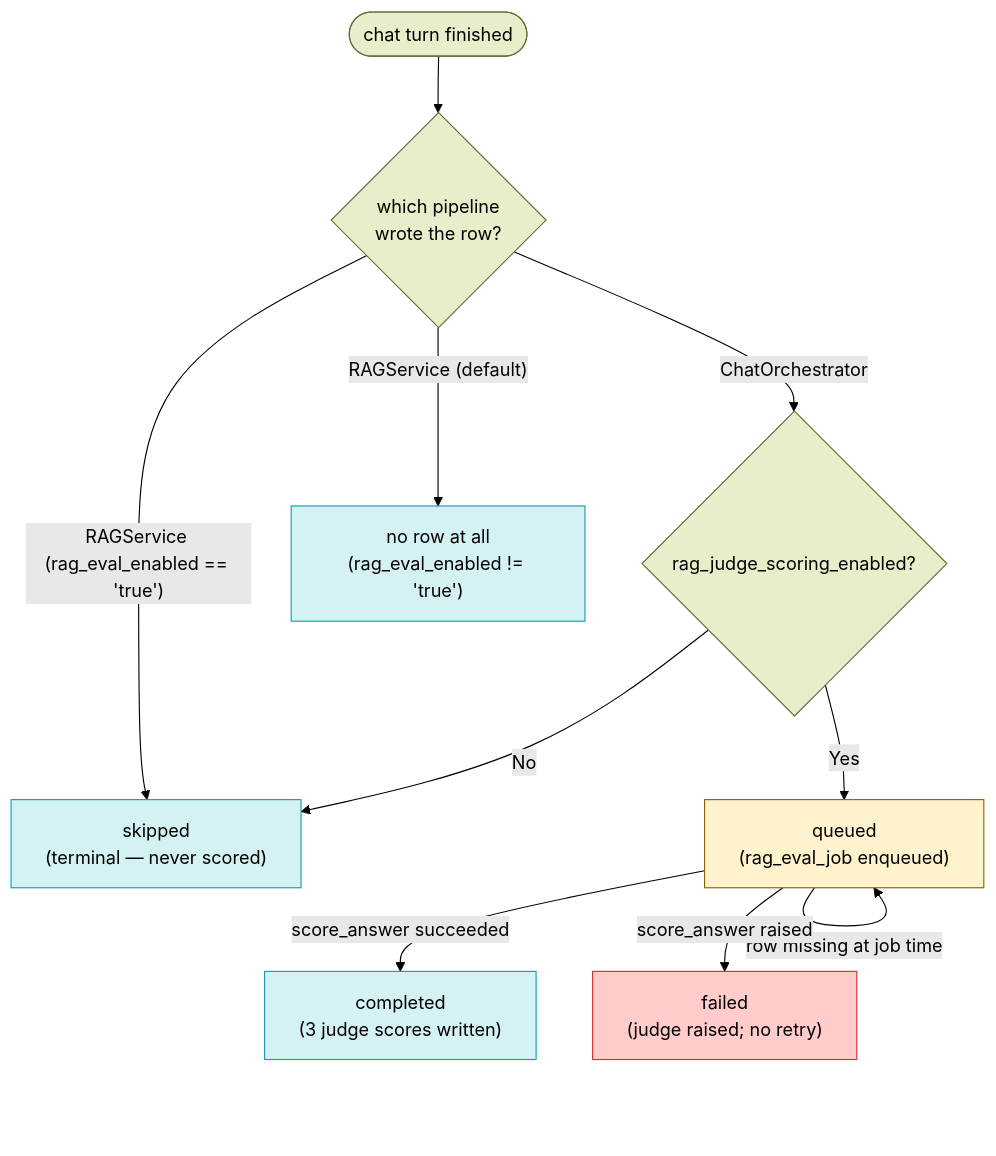
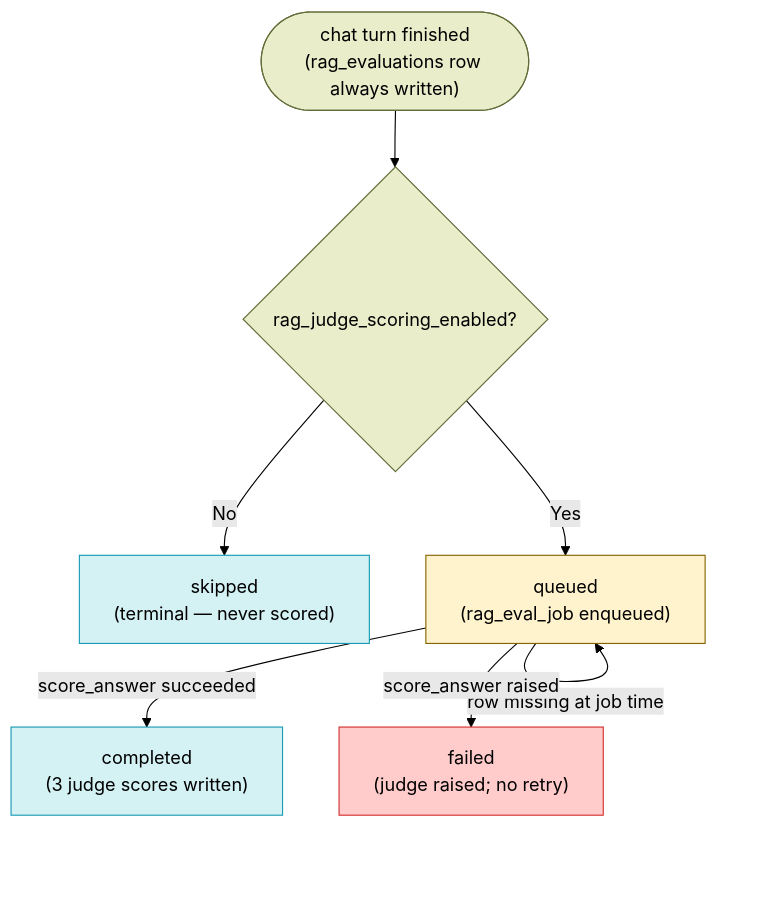
One commit to Kitabim-AI/kitabim-ai changed the second of 2 diagrams in docs/main/CHAT_RAG_DESIGN.md. Above: the diagram before and after it, drawn with Mermaid (forest theme). The commit also changed other lines of this file and 7 other files, not shown here.

First line of the commit message:
docs: update CHAT_RAG_DESIGN, PROJECT_STRUCTURE, SYSTEM_DESIGN to reflect single-pipeline chat

````diff
--- a/docs/main/CHAT_RAG_DESIGN.md
+++ b/docs/main/CHAT_RAG_DESIGN.md
@@ -770,31 +527,26 @@
 ```mermaid
 flowchart TD
-    NEW(["chat turn finished"])
-    ORCH{"which pipeline<br/>wrote the row?"}
+    NEW(["chat turn finished<br/>(rag_evaluations row always written)"])
     JF{"rag_judge_scoring_enabled?"}
     SKIPPED["skipped<br/>(terminal — never scored)"]
     QUEUED["queued<br/>(rag_eval_job enqueued)"]
     COMPLETED["completed<br/>(3 judge scores written)"]
     FAILED["failed<br/>(judge raised; no retry)"]
-    NOROW["no row at all<br/>(rag_eval_enabled != 'true')"]
 
-    NEW --> ORCH
-    ORCH -- ChatOrchestrator --> JF
-    ORCH -- "RAGService (rag_eval_enabled == 'true')" --> SKIPPED
-    ORCH -- "RAGService (default)" --> NOROW
+    NEW --> JF
     JF -- Yes --> QUEUED
     JF -- No --> SKIPPED
     QUEUED -- "score_answer succeeded" --> COMPLETED
     QUEUED -- "row missing at job time" --> QUEUED
     QUEUED -- "score_answer raised" --> FAILED
 
     classDef idle fill:#e9edc9,stroke:#606c38
     classDef active fill:#fff3cd,stroke:#856404
     classDef done fill:#d4f1f4,stroke:#189ab4
     classDef fail fill:#ffcccb,stroke:#d32f2f
 
-    class NEW,ORCH,JF idle
+    class NEW,JF idle
     class QUEUED active
-    class COMPLETED,SKIPPED,NOROW done
+    class COMPLETED,SKIPPED done
     class FAILED fail
 ```
````
